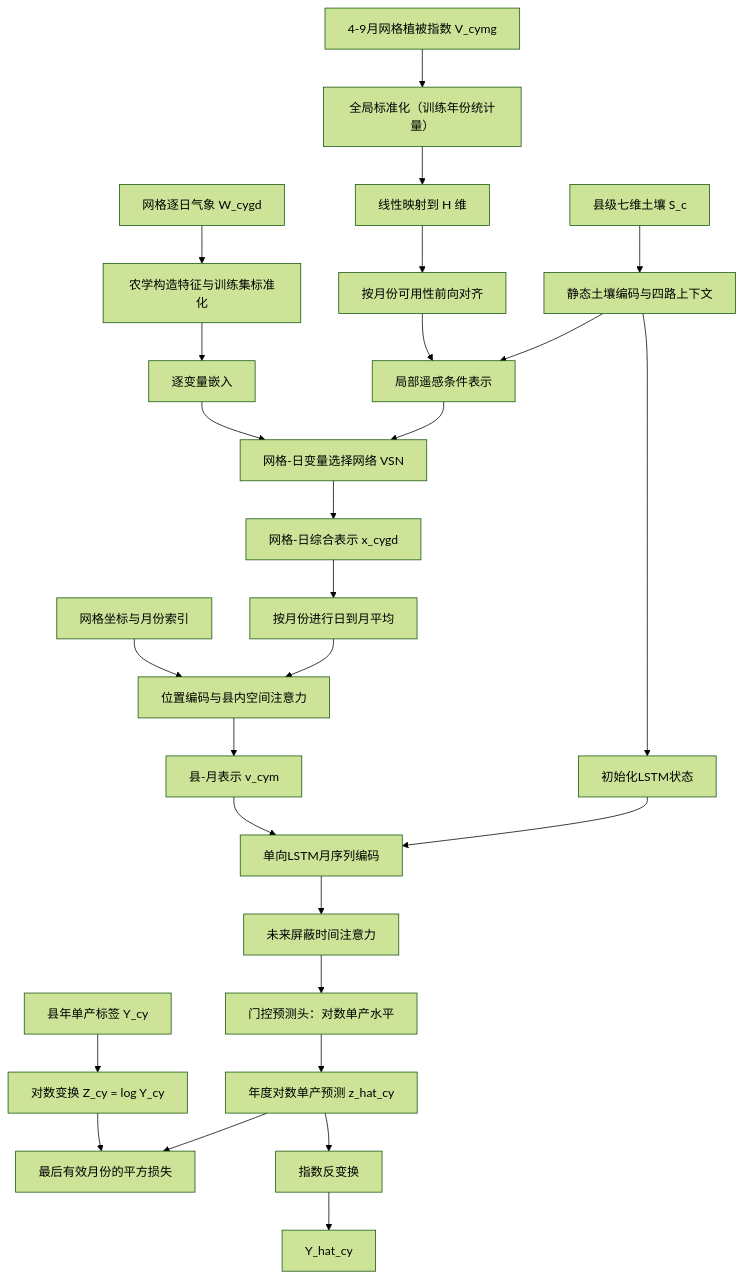
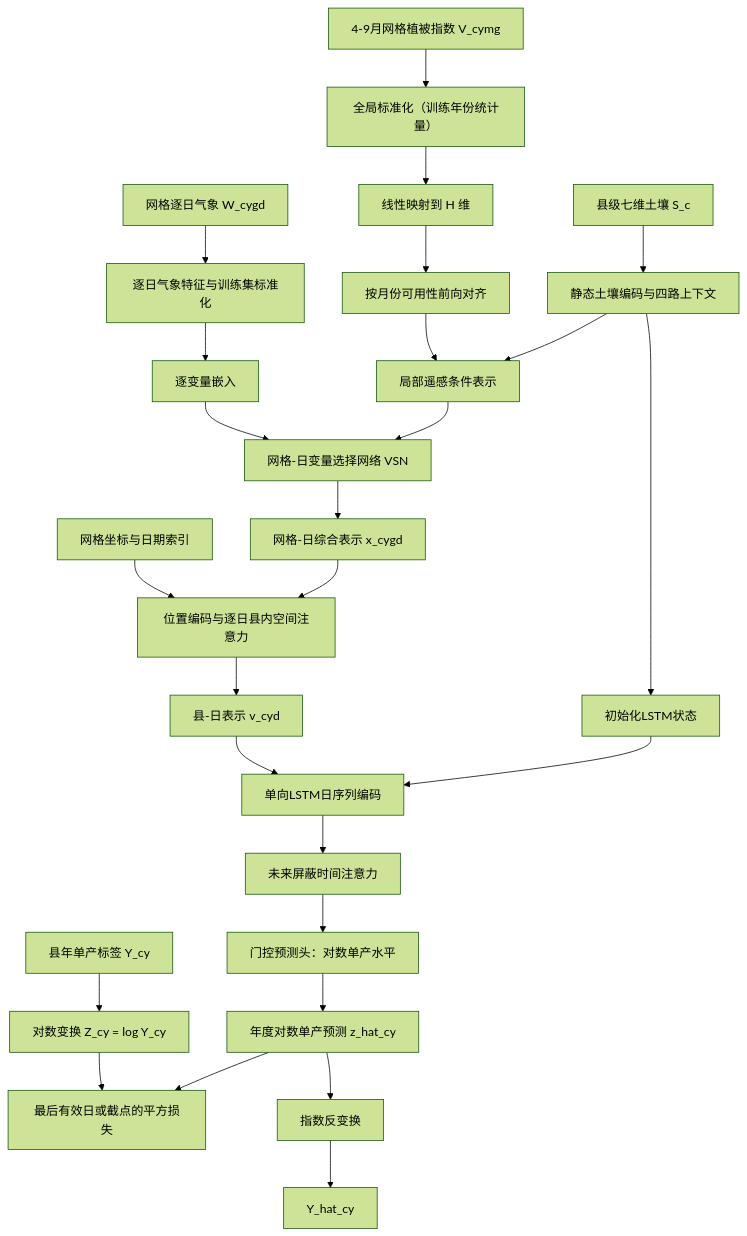
One commit to 15767946495/Product_model changed the diagram in paper.md. Above: the diagram before and after it, drawn with Mermaid (forest theme). The commit also changed other lines of this file and 32 other files, not shown here.

````diff
--- a/paper.md
+++ b/paper.md
@@ -659,29 +628,28 @@
 ```mermaid
 flowchart TD
     A[县年单产标签 Y_cy] --> T[对数变换 Z_cy = log Y_cy]
-    T --> L[最后有效月份的平方损失]
-    W[网格逐日气象 W_cygd] --> F[农学构造特征与训练集标准化]
+    T --> L[最后有效日或截点的平方损失]
+    W[网格逐日气象 W_cygd] --> F[逐日气象特征与训练集标准化]
     F --> E[逐变量嵌入]
     V[4-9月网格植被指数 V_cymg] --> DV[全局标准化（训练年份统计量）]
     DV --> LM[线性映射到 H 维]
     LM --> R[按月份可用性前向对齐]
     S[县级七维土壤 S_c] --> SC[静态土壤编码与四路上下文]
     R --> LC[局部遥感条件表示]
     SC --> LC
     E --> VS[网格-日变量选择网络 VSN]
     LC --> VS
     VS --> GD[网格-日综合表示 x_cygd]
-    GD --> DM[按月份进行日到月平均]
-    XY[网格坐标与月份索引] --> SA[位置编码与县内空间注意力]
-    DM --> SA
-    SA --> CM[县-月表示 v_cym]
+    XY[网格坐标与日期索引] --> SA[位置编码与逐日县内空间注意力]
+    GD --> SA
+    SA --> CD[县-日表示 v_cyd]
     SC --> H0[初始化LSTM状态]
-    CM --> LSTM[单向LSTM月序列编码]
+    CD --> LSTM[单向LSTM日序列编码]
     H0 --> LSTM
     LSTM --> CA[未来屏蔽时间注意力]
     CA --> PH[门控预测头：对数单产水平]
     PH --> M[年度对数单产预测 z_hat_cy]
     M --> L
     M --> OUT[指数反变换]
     OUT --> Y[Y_hat_cy]
 ```
````
